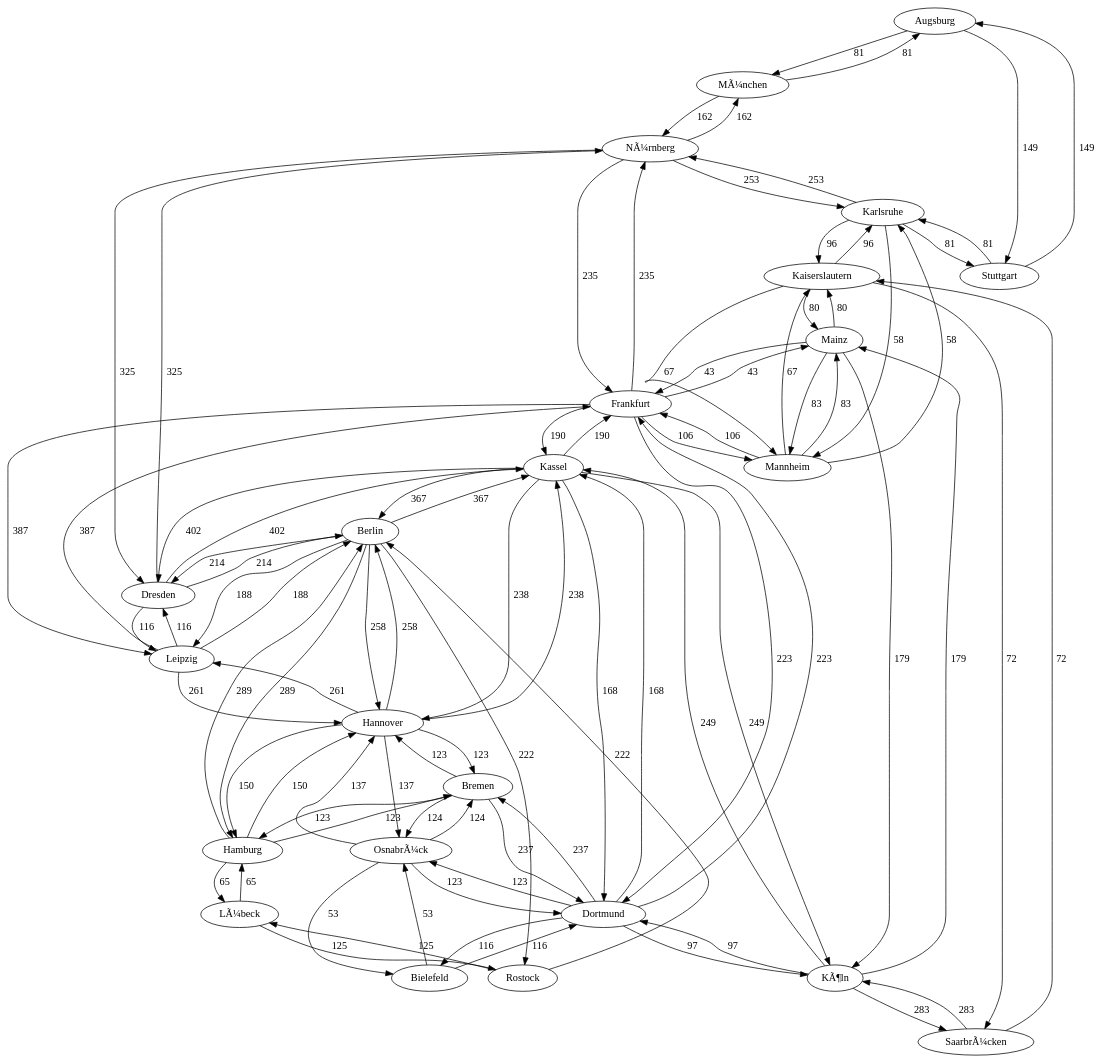
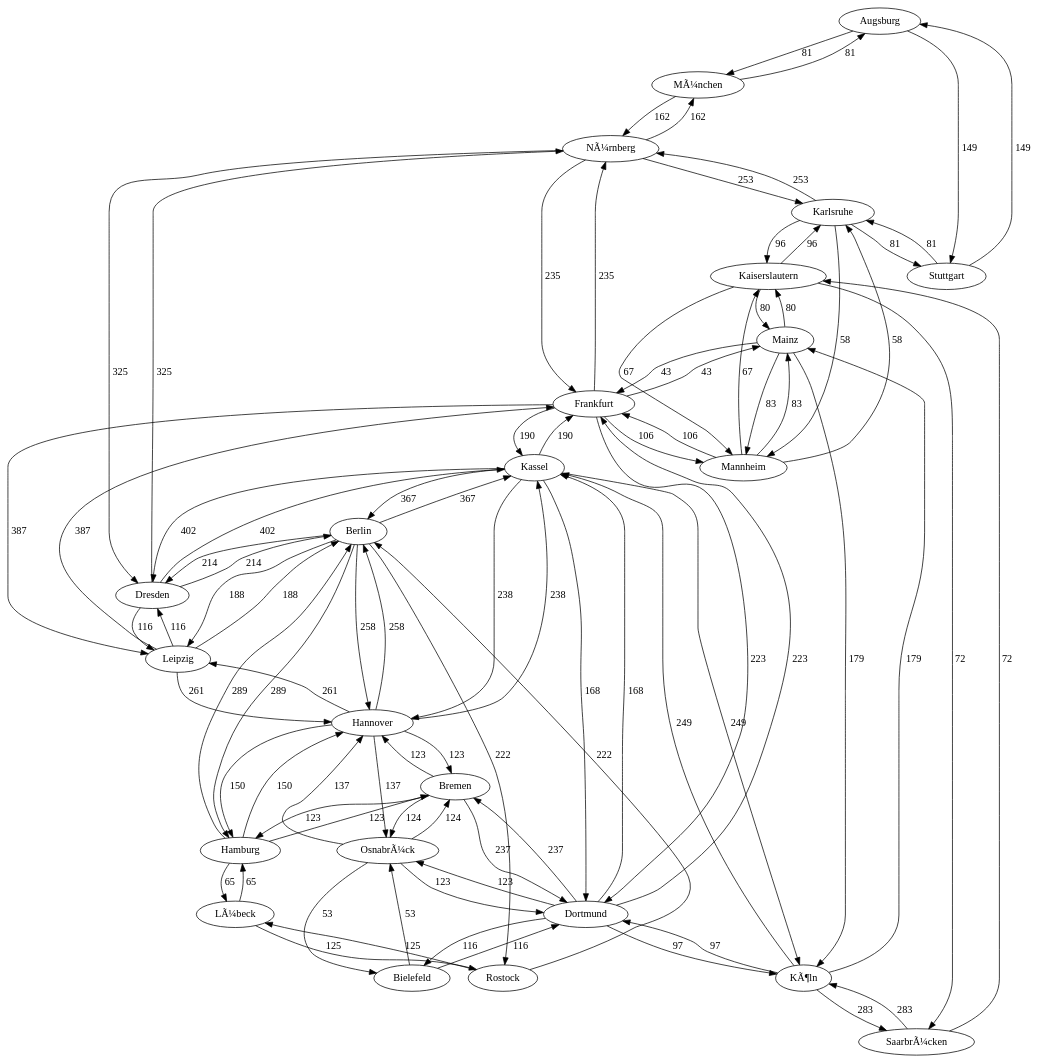
The diagram in io/graph_02.dot (MaxPower9001/B-AI3GKAP), drawn with Graphviz before and after one commit. The commit also changed 21 other files, not shown here.

```diff
--- a/io/graph_02.dot
+++ b/io/graph_02.dot
@@ -1,114 +1,114 @@
 digraph graph_02
 {
 Augsburg
 MÃ¼nchen
 Stuttgart
 Berlin
 Dresden
 Hamburg
 Hannover
 Kassel
 Leipzig
 Rostock
 Bielefeld
 Dortmund
 OsnabrÃ¼ck
 Bremen
 Frankfurt
 KÃ¶ln
 NÃ¼rnberg
 Mainz
 Mannheim
 LÃ¼beck
 Kaiserslautern
 Karlsruhe
 SaarbrÃ¼cken
-Augsburg -> MÃ¼nchen [label=" 81  "]
-Augsburg -> Stuttgart [label=" 149  "]
-MÃ¼nchen -> Augsburg [label=" 81  "]
-MÃ¼nchen -> NÃ¼rnberg [label=" 162  "]
-Stuttgart -> Augsburg [label=" 149  "]
-Stuttgart -> Karlsruhe [label=" 81  "]
-Berlin -> Dresden [label=" 214  "]
-Berlin -> Hamburg [label=" 289  "]
-Berlin -> Hannover [label=" 258  "]
-Berlin -> Kassel [label=" 367  "]
-Berlin -> Leipzig [label=" 188  "]
-Berlin -> Rostock [label=" 222  "]
-Dresden -> Berlin [label=" 214  "]
-Dresden -> Kassel [label=" 402  "]
-Dresden -> Leipzig [label=" 116  "]
-Dresden -> NÃ¼rnberg [label=" 325  "]
-Hamburg -> Berlin [label=" 289  "]
-Hamburg -> Hannover [label=" 150  "]
-Hamburg -> Bremen [label=" 123  "]
-Hamburg -> LÃ¼beck [label=" 65  "]
-Hannover -> Berlin [label=" 258  "]
-Hannover -> Hamburg [label=" 150  "]
-Hannover -> Kassel [label=" 238  "]
-Hannover -> Leipzig [label=" 261  "]
-Hannover -> OsnabrÃ¼ck [label=" 137  "]
-Hannover -> Bremen [label=" 123  "]
-Kassel -> Berlin [label=" 367  "]
-Kassel -> Dresden [label=" 402  "]
-Kassel -> Hannover [label=" 238  "]
-Kassel -> Dortmund [label=" 168  "]
-Kassel -> Frankfurt [label=" 190  "]
-Kassel -> KÃ¶ln [label=" 249  "]
-Leipzig -> Berlin [label=" 188  "]
-Leipzig -> Dresden [label=" 116  "]
-Leipzig -> Hannover [label=" 261  "]
-Leipzig -> Frankfurt [label=" 387  "]
-Rostock -> Berlin [label=" 222  "]
-Rostock -> LÃ¼beck [label=" 125  "]
-Bielefeld -> Dortmund [label=" 116  "]
-Bielefeld -> OsnabrÃ¼ck [label=" 53  "]
-Dortmund -> Kassel [label=" 168  "]
-Dortmund -> Bielefeld [label=" 116  "]
-Dortmund -> OsnabrÃ¼ck [label=" 123  "]
-Dortmund -> Bremen [label=" 237  "]
-Dortmund -> Frankfurt [label=" 223  "]
-Dortmund -> KÃ¶ln [label=" 97  "]
-OsnabrÃ¼ck -> Hannover [label=" 137  "]
-OsnabrÃ¼ck -> Bielefeld [label=" 53  "]
-OsnabrÃ¼ck -> Dortmund [label=" 123  "]
-OsnabrÃ¼ck -> Bremen [label=" 124  "]
-Bremen -> Hamburg [label=" 123  "]
-Bremen -> Hannover [label=" 123  "]
-Bremen -> Dortmund [label=" 237  "]
-Bremen -> OsnabrÃ¼ck [label=" 124  "]
-Frankfurt -> Kassel [label=" 190  "]
-Frankfurt -> Leipzig [label=" 387  "]
-Frankfurt -> Dortmund [label=" 223  "]
-Frankfurt -> NÃ¼rnberg [label=" 235  "]
-Frankfurt -> Mainz [label=" 43  "]
-Frankfurt -> Mannheim [label=" 106  "]
-KÃ¶ln -> Kassel [label=" 249  "]
-KÃ¶ln -> Dortmund [label=" 97  "]
-KÃ¶ln -> Mainz [label=" 179  "]
-KÃ¶ln -> SaarbrÃ¼cken [label=" 283  "]
-NÃ¼rnberg -> MÃ¼nchen [label=" 162  "]
-NÃ¼rnberg -> Dresden [label=" 325  "]
-NÃ¼rnberg -> Frankfurt [label=" 235  "]
-NÃ¼rnberg -> Karlsruhe [label=" 253  "]
-Mainz -> Frankfurt [label=" 43  "]
-Mainz -> KÃ¶ln [label=" 179  "]
-Mainz -> Mannheim [label=" 83  "]
-Mainz -> Kaiserslautern [label=" 80  "]
-Mannheim -> Frankfurt [label=" 106  "]
-Mannheim -> Mainz [label=" 83  "]
-Mannheim -> Kaiserslautern [label=" 67  "]
-Mannheim -> Karlsruhe [label=" 58  "]
-LÃ¼beck -> Hamburg [label=" 65  "]
-LÃ¼beck -> Rostock [label=" 125  "]
-Kaiserslautern -> Mainz [label=" 80  "]
-Kaiserslautern -> Mannheim [label=" 67  "]
-Kaiserslautern -> Karlsruhe [label=" 96  "]
-Kaiserslautern -> SaarbrÃ¼cken [label=" 72  "]
-Karlsruhe -> Stuttgart [label=" 81  "]
-Karlsruhe -> NÃ¼rnberg [label=" 253  "]
-Karlsruhe -> Mannheim [label=" 58  "]
-Karlsruhe -> Kaiserslautern [label=" 96  "]
-SaarbrÃ¼cken -> KÃ¶ln [label=" 283  "]
-SaarbrÃ¼cken -> Kaiserslautern [label=" 72  "]
+Augsburg -> MÃ¼nchen [label="81  "]
+Augsburg -> Stuttgart [label="149  "]
+MÃ¼nchen -> Augsburg [label="81  "]
+MÃ¼nchen -> NÃ¼rnberg [label="162  "]
+Stuttgart -> Augsburg [label="149  "]
+Stuttgart -> Karlsruhe [label="81  "]
+Berlin -> Dresden [label="214  "]
+Berlin -> Hamburg [label="289  "]
+Berlin -> Hannover [label="258  "]
+Berlin -> Kassel [label="367  "]
+Berlin -> Leipzig [label="188  "]
+Berlin -> Rostock [label="222  "]
+Dresden -> Berlin [label="214  "]
+Dresden -> Kassel [label="402  "]
+Dresden -> Leipzig [label="116  "]
+Dresden -> NÃ¼rnberg [label="325  "]
+Hamburg -> Berlin [label="289  "]
+Hamburg -> Hannover [label="150  "]
+Hamburg -> Bremen [label="123  "]
+Hamburg -> LÃ¼beck [label="65  "]
+Hannover -> Berlin [label="258  "]
+Hannover -> Hamburg [label="150  "]
+Hannover -> Kassel [label="238  "]
+Hannover -> Leipzig [label="261  "]
+Hannover -> OsnabrÃ¼ck [label="137  "]
+Hannover -> Bremen [label="123  "]
+Kassel -> Berlin [label="367  "]
+Kassel -> Dresden [label="402  "]
+Kassel -> Hannover [label="238  "]
+Kassel -> Dortmund [label="168  "]
+Kassel -> Frankfurt [label="190  "]
+Kassel -> KÃ¶ln [label="249  "]
+Leipzig -> Berlin [label="188  "]
+Leipzig -> Dresden [label="116  "]
+Leipzig -> Hannover [label="261  "]
+Leipzig -> Frankfurt [label="387  "]
+Rostock -> Berlin [label="222  "]
+Rostock -> LÃ¼beck [label="125  "]
+Bielefeld -> Dortmund [label="116  "]
+Bielefeld -> OsnabrÃ¼ck [label="53  "]
+Dortmund -> Kassel [label="168  "]
+Dortmund -> Bielefeld [label="116  "]
+Dortmund -> OsnabrÃ¼ck [label="123  "]
+Dortmund -> Bremen [label="237  "]
+Dortmund -> Frankfurt [label="223  "]
+Dortmund -> KÃ¶ln [label="97  "]
+OsnabrÃ¼ck -> Hannover [label="137  "]
+OsnabrÃ¼ck -> Bielefeld [label="53  "]
+OsnabrÃ¼ck -> Dortmund [label="123  "]
+OsnabrÃ¼ck -> Bremen [label="124  "]
+Bremen -> Hamburg [label="123  "]
+Bremen -> Hannover [label="123  "]
+Bremen -> Dortmund [label="237  "]
+Bremen -> OsnabrÃ¼ck [label="124  "]
+Frankfurt -> Kassel [label="190  "]
+Frankfurt -> Leipzig [label="387  "]
+Frankfurt -> Dortmund [label="223  "]
+Frankfurt -> NÃ¼rnberg [label="235  "]
+Frankfurt -> Mainz [label="43  "]
+Frankfurt -> Mannheim [label="106  "]
+KÃ¶ln -> Kassel [label="249  "]
+KÃ¶ln -> Dortmund [label="97  "]
+KÃ¶ln -> Mainz [label="179  "]
+KÃ¶ln -> SaarbrÃ¼cken [label="283  "]
+NÃ¼rnberg -> MÃ¼nchen [label="162  "]
+NÃ¼rnberg -> Dresden [label="325  "]
+NÃ¼rnberg -> Frankfurt [label="235  "]
+NÃ¼rnberg -> Karlsruhe [label="253  "]
+Mainz -> Frankfurt [label="43  "]
+Mainz -> KÃ¶ln [label="179  "]
+Mainz -> Mannheim [label="83  "]
+Mainz -> Kaiserslautern [label="80  "]
+Mannheim -> Frankfurt [label="106  "]
+Mannheim -> Mainz [label="83  "]
+Mannheim -> Kaiserslautern [label="67  "]
+Mannheim -> Karlsruhe [label="58  "]
+LÃ¼beck -> Hamburg [label="65  "]
+LÃ¼beck -> Rostock [label="125  "]
+Kaiserslautern -> Mainz [label="80  "]
+Kaiserslautern -> Mannheim [label="67  "]
+Kaiserslautern -> Karlsruhe [label="96  "]
+Kaiserslautern -> SaarbrÃ¼cken [label="72  "]
+Karlsruhe -> Stuttgart [label="81  "]
+Karlsruhe -> NÃ¼rnberg [label="253  "]
+Karlsruhe -> Mannheim [label="58  "]
+Karlsruhe -> Kaiserslautern [label="96  "]
+SaarbrÃ¼cken -> KÃ¶ln [label="283  "]
+SaarbrÃ¼cken -> Kaiserslautern [label="72  "]
 }
```
